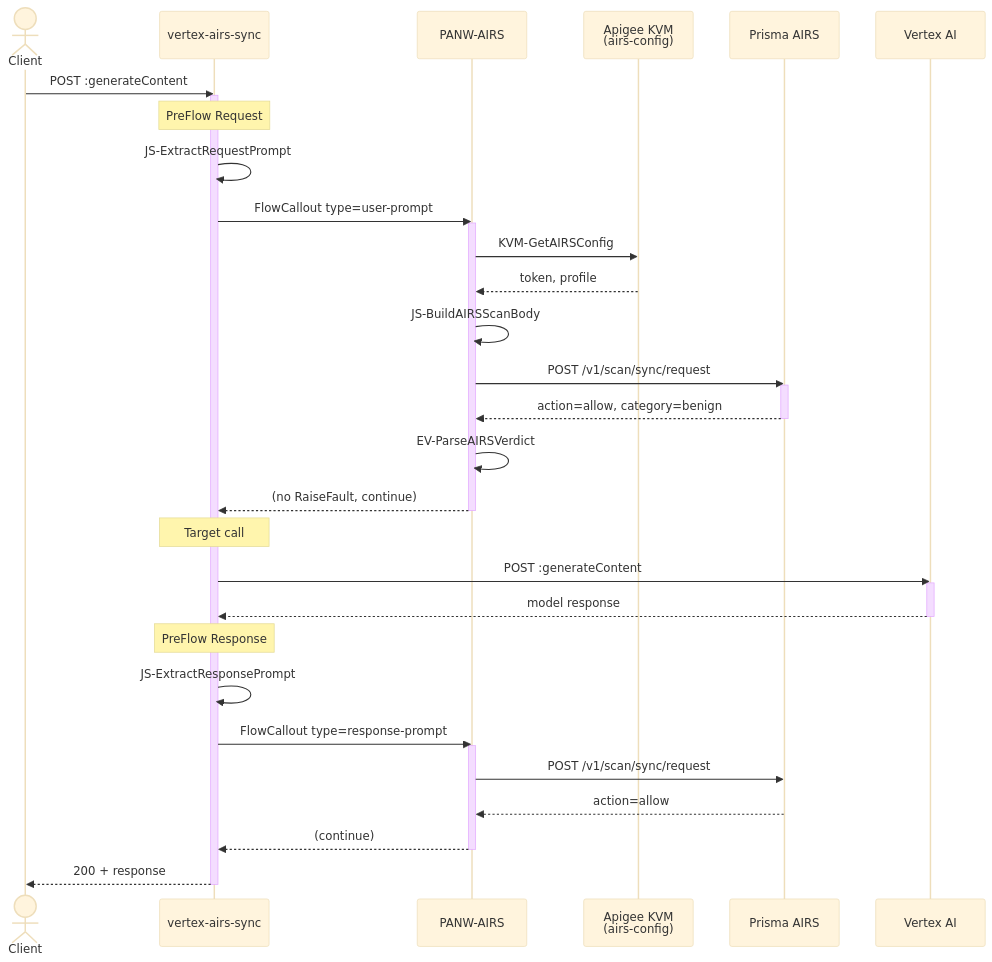
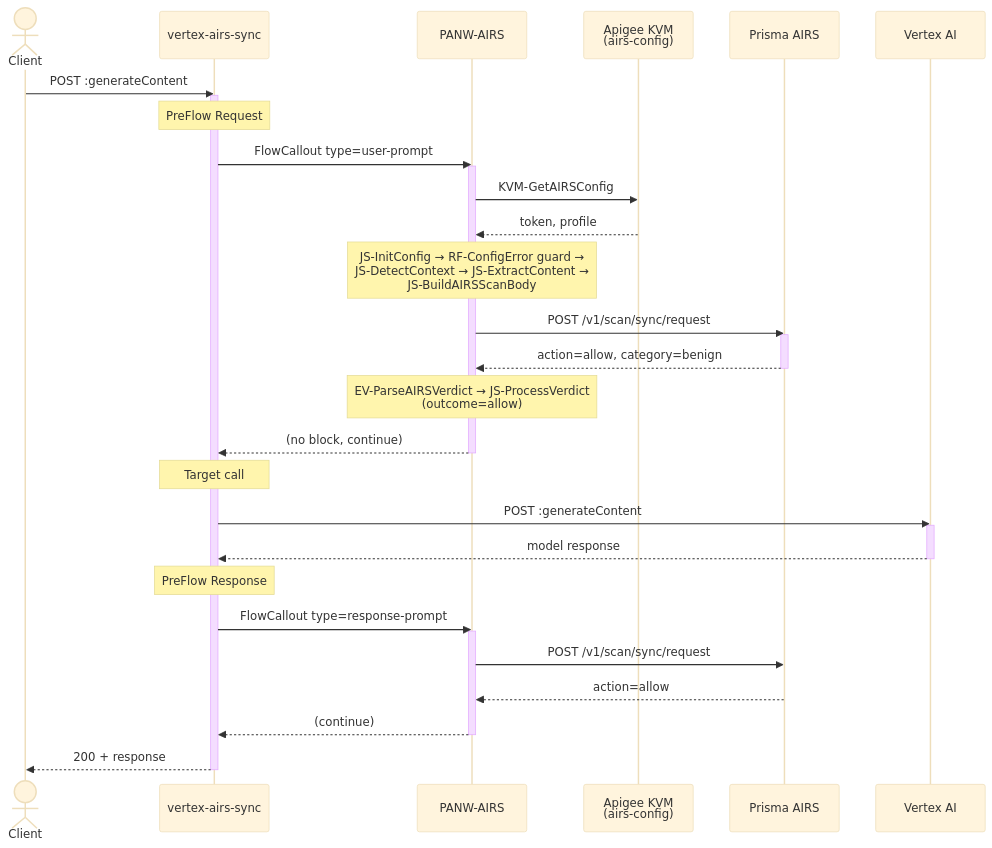
Before and after one commit to PaloAltoNetworks/prisma-airs-integrations: the second of 5 diagrams in Google/apigee/sharedflow/ARCHITECTURE.md, drawn with Mermaid (base theme). The commit also changed other lines of this file and 29 other files, not shown here.

````diff
--- a/Google/apigee/sharedflow/ARCHITECTURE.md
+++ b/Google/apigee/sharedflow/ARCHITECTURE.md
@@ -45,48 +47,43 @@
 ```mermaid
 sequenceDiagram
     actor Client
     participant Proxy as vertex-airs-sync
     participant SF as PANW-AIRS
     participant KVM as Apigee KVM<br/>(airs-config)
     participant AIRS as Prisma AIRS
     participant Vertex as Vertex AI
 
     Client->>Proxy: POST :generateContent
     activate Proxy
 
     Note over Proxy: PreFlow Request
-    Proxy->>Proxy: JS-ExtractRequestPrompt
     Proxy->>SF: FlowCallout type=user-prompt
     activate SF
-
     SF->>KVM: KVM-GetAIRSConfig
     KVM-->>SF: token, profile
-
-    SF->>SF: JS-BuildAIRSScanBody
+    Note over SF: JS-InitConfig → RF-ConfigError guard →<br/>JS-DetectContext → JS-ExtractContent →<br/>JS-BuildAIRSScanBody
     SF->>AIRS: POST /v1/scan/sync/request
     activate AIRS
     AIRS-->>SF: action=allow, category=benign
     deactivate AIRS
-
-    SF->>SF: EV-ParseAIRSVerdict
-    SF-->>Proxy: (no RaiseFault, continue)
+    Note over SF: EV-ParseAIRSVerdict → JS-ProcessVerdict<br/>(outcome=allow)
+    SF-->>Proxy: (no block, continue)
     deactivate SF
 
     Note over Proxy: Target call
     Proxy->>Vertex: POST :generateContent
     activate Vertex
     Vertex-->>Proxy: model response
     deactivate Vertex
 
     Note over Proxy: PreFlow Response
-    Proxy->>Proxy: JS-ExtractResponsePrompt
     Proxy->>SF: FlowCallout type=response-prompt
     activate SF
     SF->>AIRS: POST /v1/scan/sync/request
     AIRS-->>SF: action=allow
     SF-->>Proxy: (continue)
     deactivate SF
 
     Proxy-->>Client: 200 + response
     deactivate Proxy
 ```
````
